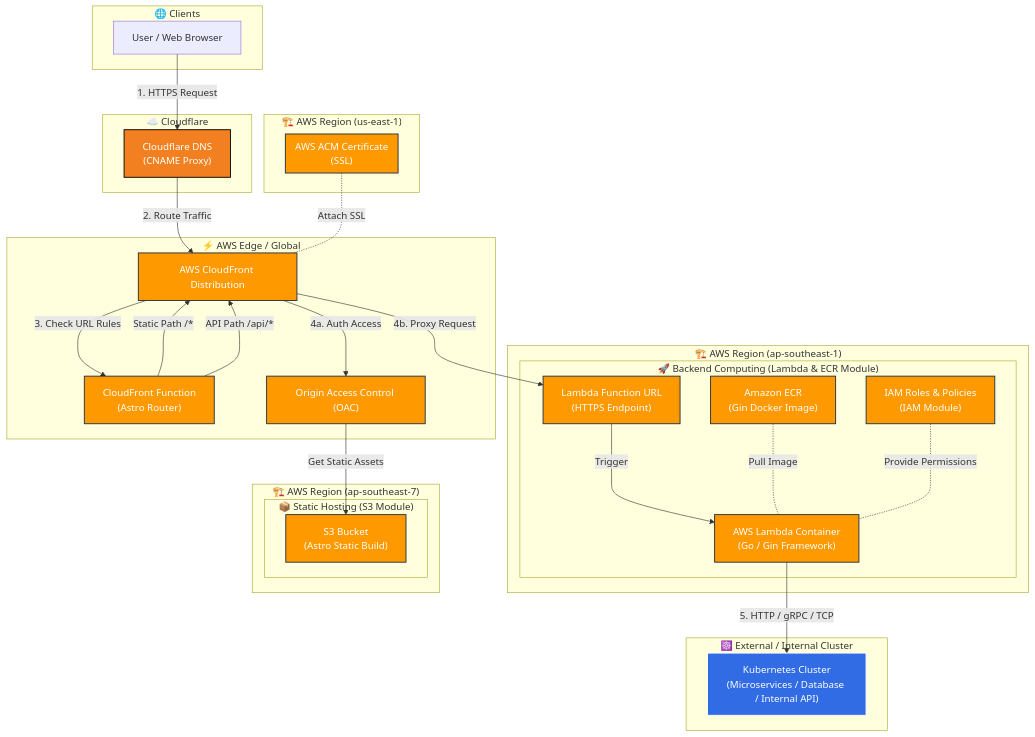
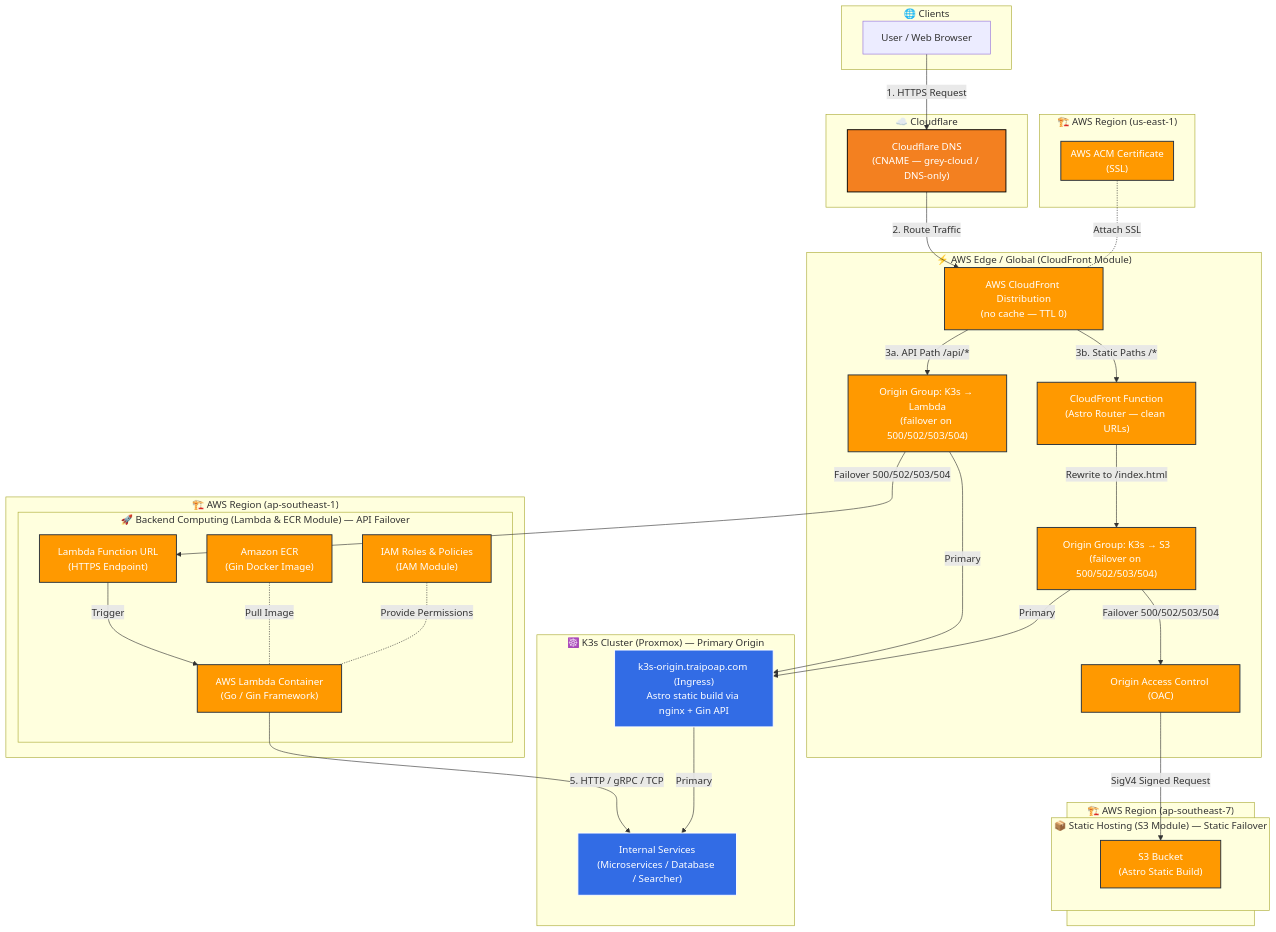
The first of 2 diagrams in aws/README.md (traipoap/infra), drawn with Mermaid before and after one commit. The commit also changed other lines of this file, not shown here.

````diff
--- a/aws/README.md
+++ b/aws/README.md
@@ -1,74 +1,80 @@
 ```mermaid
 flowchart TB
     subgraph CLIENT ["🌐 Clients"]
         User["User / Web Browser"]
     end
 
     subgraph DNS_LAYER ["☁️ Cloudflare"]
-        CF_DNS["Cloudflare DNS<br/>(CNAME Proxy)"]
+        CF_DNS["Cloudflare DNS<br/>(CNAME — grey-cloud / DNS-only)"]
     end
 
-    subgraph AWS_EDGE ["⚡ AWS Edge / Global"]
-        CF_DIST["AWS CloudFront Distribution"]
-        CFF["CloudFront Function<br/>(Astro Router)"]
+    subgraph AWS_EDGE ["⚡ AWS Edge / Global (CloudFront Module)"]
+        CF_DIST["AWS CloudFront Distribution<br/>(no cache — TTL 0)"]
+        CFF["CloudFront Function<br/>(Astro Router — clean URLs)"]
+        OG_API["Origin Group: K3s → Lambda<br/>(failover on 500/502/503/504)"]
+        OG_STATIC["Origin Group: K3s → S3<br/>(failover on 500/502/503/504)"]
         OAC["Origin Access Control (OAC)"]
     end
 
+    subgraph K8S_LAYER ["☸️ K3s Cluster (Proxmox) — Primary Origin"]
+        K3S_ORIGIN["k3s-origin.traipoap.com (Ingress)<br/>Astro static build via nginx + Gin API"]
+        K8S_INT["Internal Services<br/>(Microservices / Database / Searcher)"]
+    end
+
     subgraph AWS_REGION ["🏗️ AWS Region (ap-southeast-1)"]
-        subgraph BACKEND ["🚀 Backend Computing (Lambda & ECR Module)"]
+        subgraph BACKEND ["🚀 Backend Computing (Lambda & ECR Module) — API Failover"]
             ECR["Amazon ECR<br/>(Gin Docker Image)"]
             IAM["IAM Roles & Policies<br/>(IAM Module)"]
             LURL["Lambda Function URL<br/>(HTTPS Endpoint)"]
             LAMBDA["AWS Lambda Container<br/>(Go / Gin Framework)"]
         end
     end
 
-    subgraph K8S_LAYER ["☸️ External / Internal Cluster"]
-        K8S["Kubernetes Cluster<br/>(Microservices / Database / Internal API)"]
-    end
-
     subgraph AWS_REGION_TH ["🏗️ AWS Region (ap-southeast-7)"]
-        subgraph FRONTEND ["📦 Static Hosting (S3 Module)"]
+        subgraph FRONTEND ["📦 Static Hosting (S3 Module) — Static Failover"]
             S3["S3 Bucket<br/>(Astro Static Build)"]
         end
     end
 
     subgraph AWS_REGION_US ["🏗️ AWS Region (us-east-1)"]
         subgraph ACM["AWS ACM Certificate<br/>(SSL)"]
         end
     end
-        
+
     %% Flow Connections
     User -->|1. HTTPS Request| CF_DNS
     CF_DNS -->|2. Route Traffic| CF_DIST
     ACM -.-|Attach SSL| CF_DIST
-    
+
     %% CloudFront Processing & Routing
-    CF_DIST -->|3. Check URL Rules| CFF
-    
-    %% Static Route
-    CFF -->|Static Path /*| CF_DIST
-    CF_DIST -->|4a. Auth Access| OAC
-    OAC -->|Get Static Assets| S3
+    CF_DIST -->|3a. API Path /api/*| OG_API
+    CF_DIST -->|3b. Static Paths /*| CFF
+    CFF -->|Rewrite to /index.html| OG_STATIC
 
-    %% API Route
-    CFF -->|API Path /api/*| CF_DIST
-    CF_DIST -->|4b. Proxy Request| LURL
+    %% API Route: K3s primary, Lambda failover
+    OG_API -->|Primary| K3S_ORIGIN
+    OG_API --"Failover 500/502/503/504"--> LURL
     LURL -->|Trigger| LAMBDA
+
+    %% Static Route: K3s primary, S3 failover
+    OG_STATIC -->|Primary| K3S_ORIGIN
+    OG_STATIC --"Failover 500/502/503/504"--> OAC
+    OAC -->|SigV4 Signed Request| S3
 
     %% AWS Internal Dependencies
     ECR -.-|Pull Image| LAMBDA
     IAM -.-|Provide Permissions| LAMBDA
 
     %% Backend to K8s Connection
-    LAMBDA -->|5. HTTP / gRPC / TCP| K8S
+    LAMBDA -->|5. HTTP / gRPC / TCP| K8S_INT
+    K3S_ORIGIN --> |Primary| K8S_INT
 
     %% Class Styling
     classDef aws fill:#FF9900,stroke:#232F3E,stroke-width:1.5px,color:#FFFFFF;
     classDef cf fill:#F38020,stroke:#000,stroke-width:1.5px,color:#FFFFFF;
     classDef k8s fill:#326CE5,stroke:#fff,stroke-width:1.5px,color:#FFFFFF;
-    
-    class ACM,CF_DIST,CFF,OAC,S3,ECR,IAM,LAMBDA,LURL aws;
+
+    class ACM,CF_DIST,CFF,OAC,OG_API,OG_STATIC,S3,ECR,IAM,LAMBDA,LURL aws;
     class CF_DNS cf;
-    class K8S k8s;
+    class K3S_ORIGIN,K8S_INT k8s;
 ```
````
